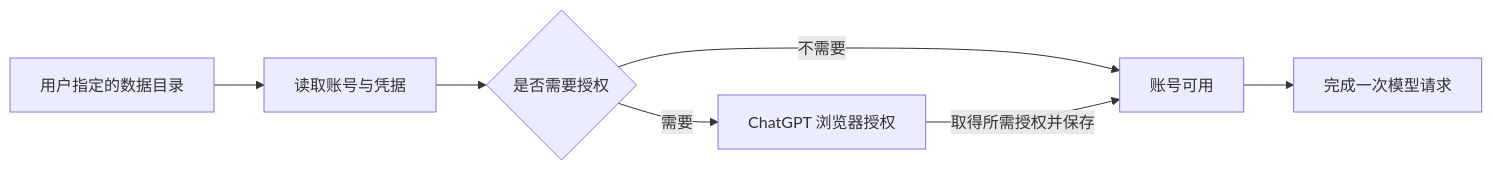
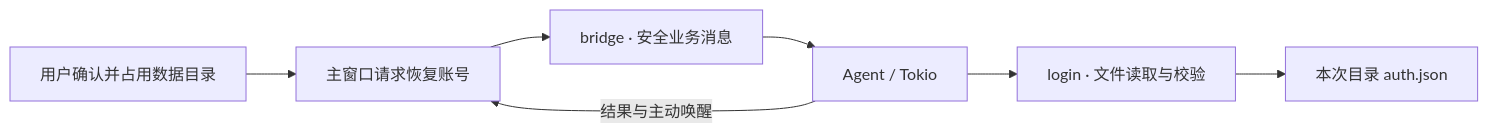
The diagram in docs/design/login.md (slc90/Agentelier), drawn with Mermaid before and after one commit. The commit also changed other lines of this file and 29 other files, not shown here.

````diff
--- a/docs/design/login.md
+++ b/docs/design/login.md
@@ -9,9 +5,9 @@
 ```mermaid
 flowchart LR
-    A["用户指定的数据目录"] --> B["读取账号与凭据"]
-    B --> C{"是否需要授权"}
-    C -->|需要| D["ChatGPT 浏览器授权"]
-    C -->|不需要| E["账号可用"]
-    D -->|取得所需授权并保存| E
-    E --> F["完成一次模型请求"]
+    Directory["用户确认并占用数据目录"] --> App["主窗口请求恢复账号"]
+    App --> Bridge["bridge · 安全业务消息"]
+    Bridge --> Agent["Agent / Tokio"]
+    Agent --> Login["login · 文件读取与校验"]
+    Login --> File["本次目录 auth.json"]
+    Agent -->|结果与主动唤醒| App
 ```
````
